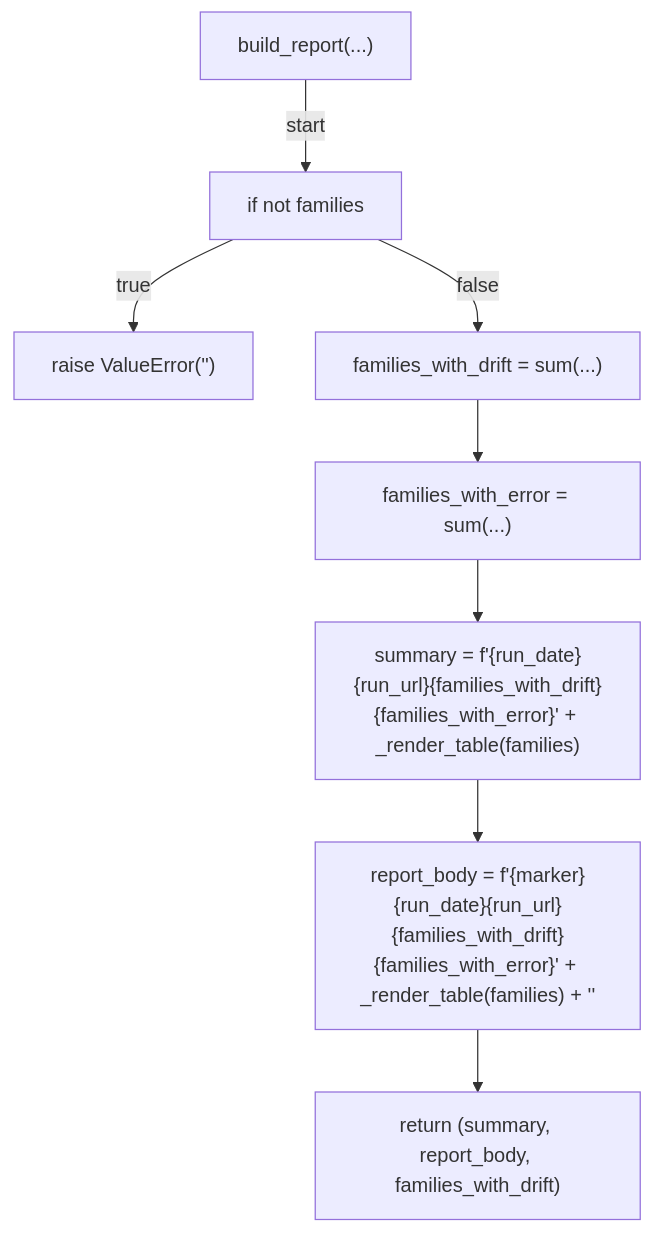
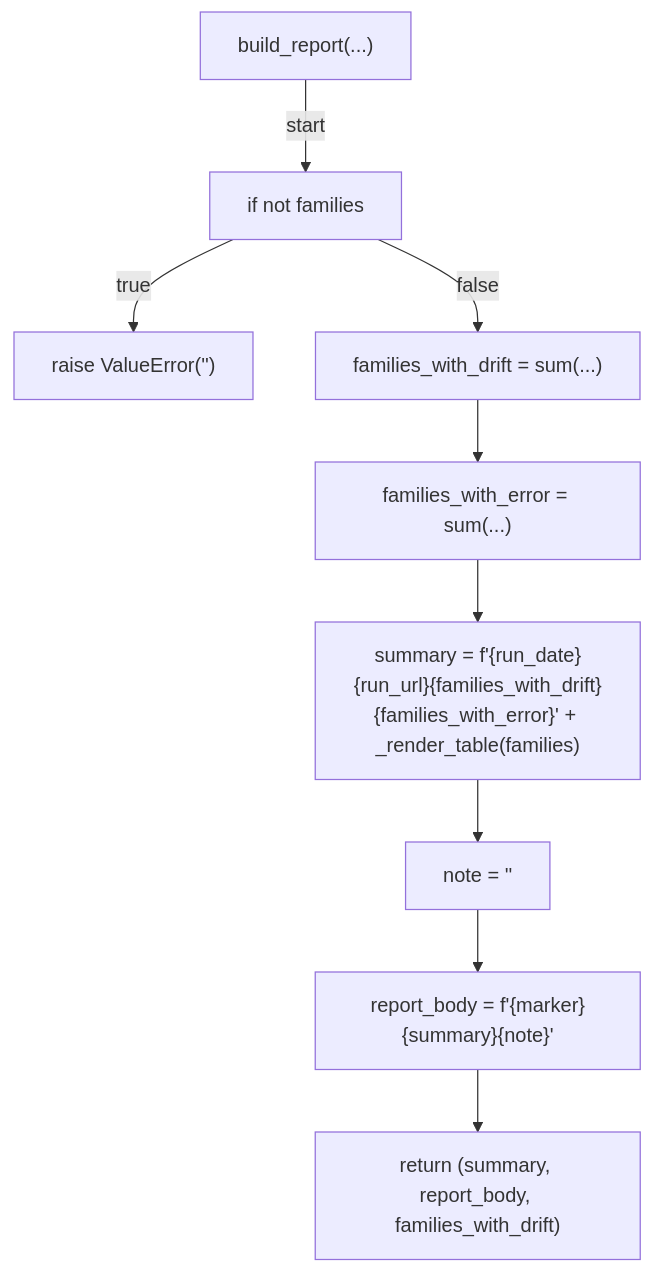
One commit to tvna/claude-md changed diagram 17 of 31 in docs/generated/scripts/ast/security_drift_report.md. Above: the diagram before and after it, drawn with Mermaid. The commit also changed other lines of this file and 4 other files, not shown here.

First line of the commit message:
docs(generated): regenerate decision tree and workflow diagrams

````diff
--- a/docs/generated/scripts/ast/security_drift_report.md
+++ b/docs/generated/scripts/ast/security_drift_report.md
@@ -246,18 +267,20 @@
 ```mermaid
 flowchart TD
     N001["build_report(...)"]
     N002["if not families"]
     N003["raise ValueError('<str>')"]
     N004["families_with_drift = sum(...)"]
     N005["families_with_error = sum(...)"]
     N006["summary = f'<str>{run_date}<str>{run_url}<str>{families_with_drift}<str>{families_with_error}<str>' + _render_table(families)"]
-    N007["report_body = f'{marker}<str>{run_date}<str>{run_url}<str>{families_with_drift}<str>{families_with_error}<str>' + _render_table(families) + '<str>'"]
-    N008["return (summary, report_body, families_with_drift)"]
+    N007["note = '<str>'"]
+    N008["report_body = f'{marker}<str>{summary}<str>{note}'"]
+    N009["return (summary, report_body, families_with_drift)"]
     N001 -->|"start"| N002
     N002 -->|"true"| N003
     N002 -->|"false"| N004
     N004 --> N005
     N005 --> N006
     N006 --> N007
     N007 --> N008
+    N008 --> N009
 ```
````
